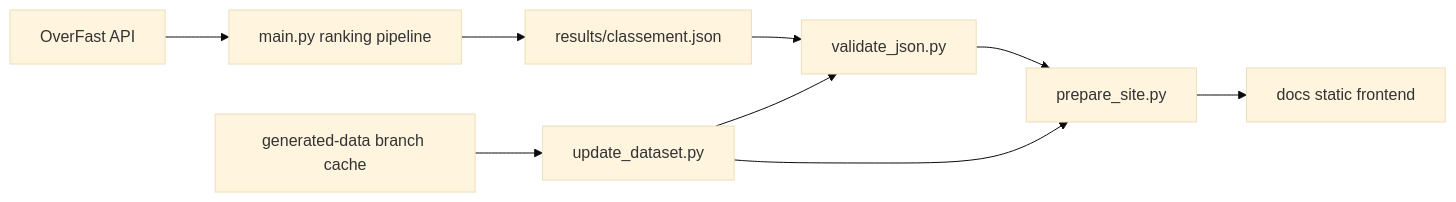
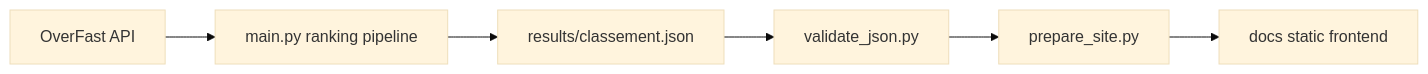
Before and after one commit to xaviertomi/overwatch-rancker: the diagram in README.md, drawn with Mermaid (base theme). The commit also changed other lines of this file and 1 other file, not shown here.

````diff
--- a/README.md
+++ b/README.md
@@ -15,11 +15,8 @@
 ```mermaid
 flowchart LR
   A[OverFast API] --> B[main.py ranking pipeline]
   B --> C[results/classement.json]
   C --> D[validate_json.py]
   D --> E[prepare_site.py]
   E --> F[docs static frontend]
-  G[generated-data branch cache] --> H[update_dataset.py]
-  H --> D
-  H --> E
 ```
````
